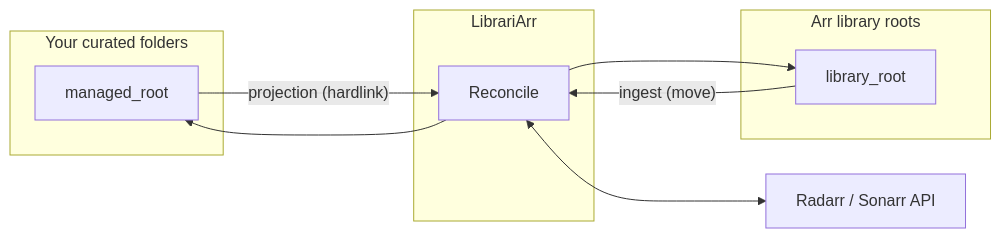
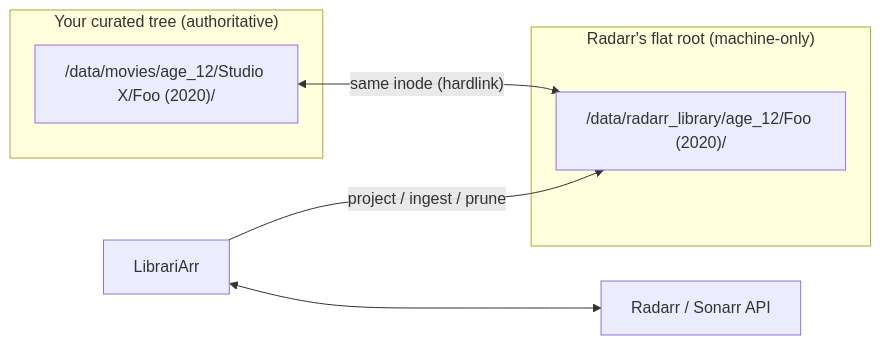
The diagram in README.md (vtietz/librariarr), drawn with Mermaid before and after one commit. The commit also changed other lines of this file and 242 other files, not shown here.

First line of the commit message:
Rewrite core as inode-based reconcile engine

````diff
--- a/README.md
+++ b/README.md
@@ -41,17 +17,12 @@
 ```mermaid
 flowchart LR
-  subgraph "Your curated folders"
-    A[managed_root]
+  subgraph "Your curated tree (authoritative)"
+    A["/data/movies/age_12/Studio X/Foo (2020)/"]
   end
-  subgraph "LibrariArr"
-    B[Reconcile]
+  subgraph "Radarr's flat root (machine-only)"
+    C["/data/radarr_library/age_12/Foo (2020)/"]
   end
-  subgraph "Arr library roots"
-    C[library_root]
-  end
-  A -- "projection (hardlink)" --> B
-  B --> C
-  C -- "ingest (move)" --> B
-  B --> A
+  A <-- "same inode (hardlink)" --> C
+  B[LibrariArr] -- "project / ingest / prune" --> C
   B <--> D[Radarr / Sonarr API]
 ```
````
